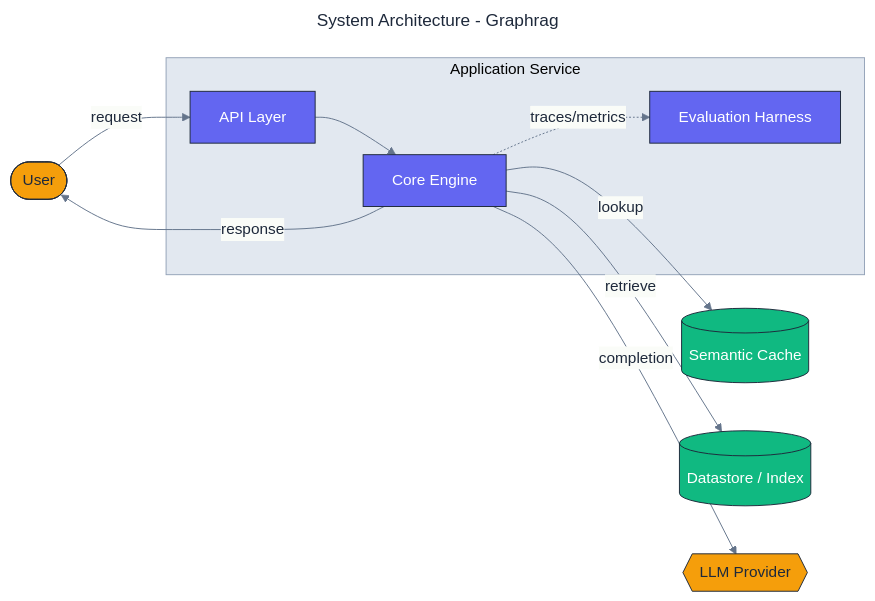
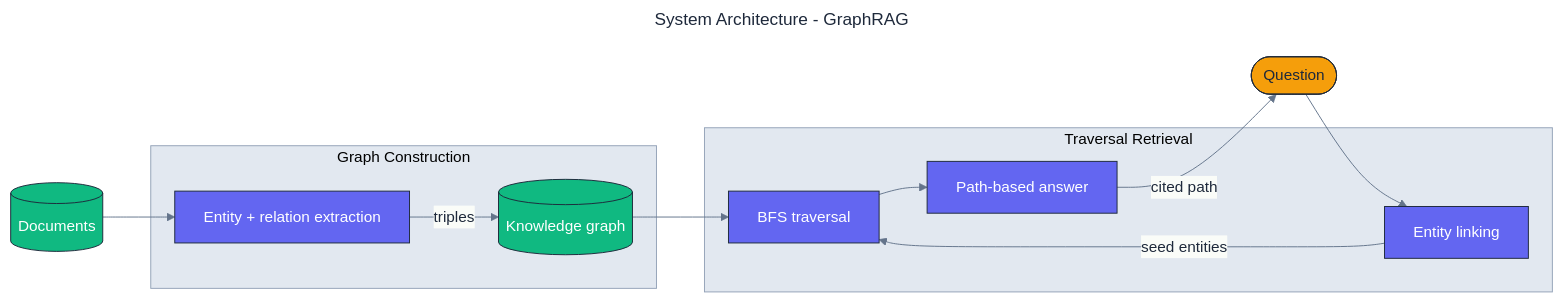
One commit to adeoluo/graphrag changed the diagram in docs/architecture/architecture.mmd. Above: the diagram before and after it, drawn with Mermaid. The commit also changed 9 other files, not shown here.

First line of the commit message:
docs: write README, architecture diagram, and responsible-AI cards

```diff
--- a/docs/architecture/architecture.mmd
+++ b/docs/architecture/architecture.mmd
@@ -1,38 +1,39 @@
 ---
-title: System Architecture - Graphrag
+title: System Architecture - GraphRAG
 config:
   theme: base
   themeVariables:
     fontFamily: "Inter, system-ui, sans-serif"
     primaryColor: "#F8FAFC"
     primaryBorderColor: "#1E293B"
     primaryTextColor: "#1E293B"
     lineColor: "#64748B"
     clusterBkg: "#E2E8F0"
     clusterBorder: "#94A3B8"
 ---
 flowchart LR
     classDef core     fill:#6366F1,stroke:#1E293B,color:#ffffff,stroke-width:1px;
     classDef data     fill:#10B981,stroke:#1E293B,color:#ffffff,stroke-width:1px;
     classDef external fill:#F59E0B,stroke:#1E293B,color:#1E293B,stroke-width:1px;
-    classDef danger   fill:#EF4444,stroke:#1E293B,color:#ffffff,stroke-width:1px;
 
-    User([User]):::external
+    Docs[(Documents)]:::data
+    Question([Question]):::external
 
-    subgraph Application["Application Service"]
-        API[API Layer]:::core
-        Core[Core Engine]:::core
-        Evaluation[Evaluation Harness]:::core
+    subgraph Build["Graph Construction"]
+        Extract[Entity + relation extraction]:::core
+        Graph[(Knowledge graph)]:::data
     end
 
-    Cache[(Semantic Cache)]:::data
-    Store[(Datastore / Index)]:::data
-    LLM{{LLM Provider}}:::external
+    subgraph Retrieve["Traversal Retrieval"]
+        Link[Entity linking]:::core
+        Traverse[BFS traversal]:::core
+        Answer[Path-based answer]:::core
+    end
 
-    User -->|request| API
-    API --> Core
-    Core -->|lookup| Cache
-    Core -->|retrieve| Store
-    Core -->|completion| LLM
-    Core -.->|traces/metrics| Evaluation
-    Core -->|response| User
+    Docs --> Extract
+    Extract -->|triples| Graph
+    Question --> Link
+    Link -->|seed entities| Traverse
+    Graph --> Traverse
+    Traverse --> Answer
+    Answer -->|cited path| Question
```
